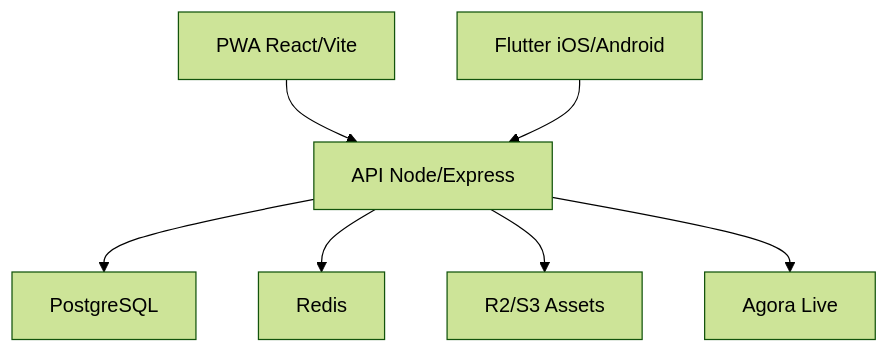
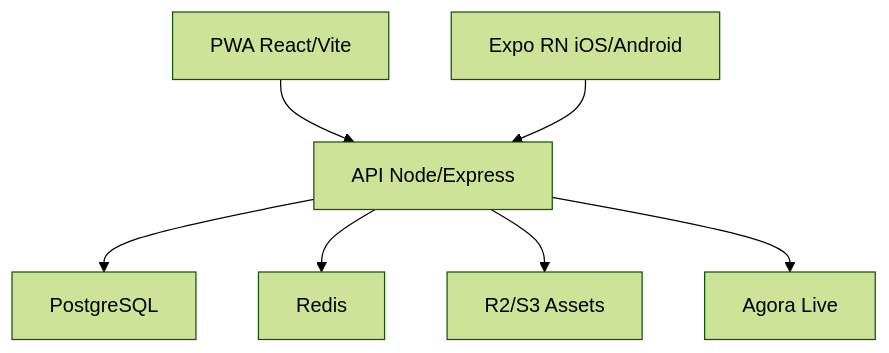
The diagram in docs/ARCHITECTURE.md (fanebadaderefane-creator/AfriWonder), drawn with Mermaid (forest theme) before and after one commit. The commit also changed other lines of this file and 146 other files, not shown here.

First line of the commit message:
chore: remove Flutter app; mobile = Expo in frontend/

````diff
--- a/docs/ARCHITECTURE.md
+++ b/docs/ARCHITECTURE.md
@@ -9,9 +9,9 @@
 ```mermaid
 flowchart TD
   A[PWA React/Vite] --> B[API Node/Express]
-  C[Flutter iOS/Android] --> B
+  C[Expo RN iOS/Android] --> B
   B --> D[PostgreSQL]
   B --> E[Redis]
   B --> F[R2/S3 Assets]
   B --> G[Agora Live]
 ```
````
